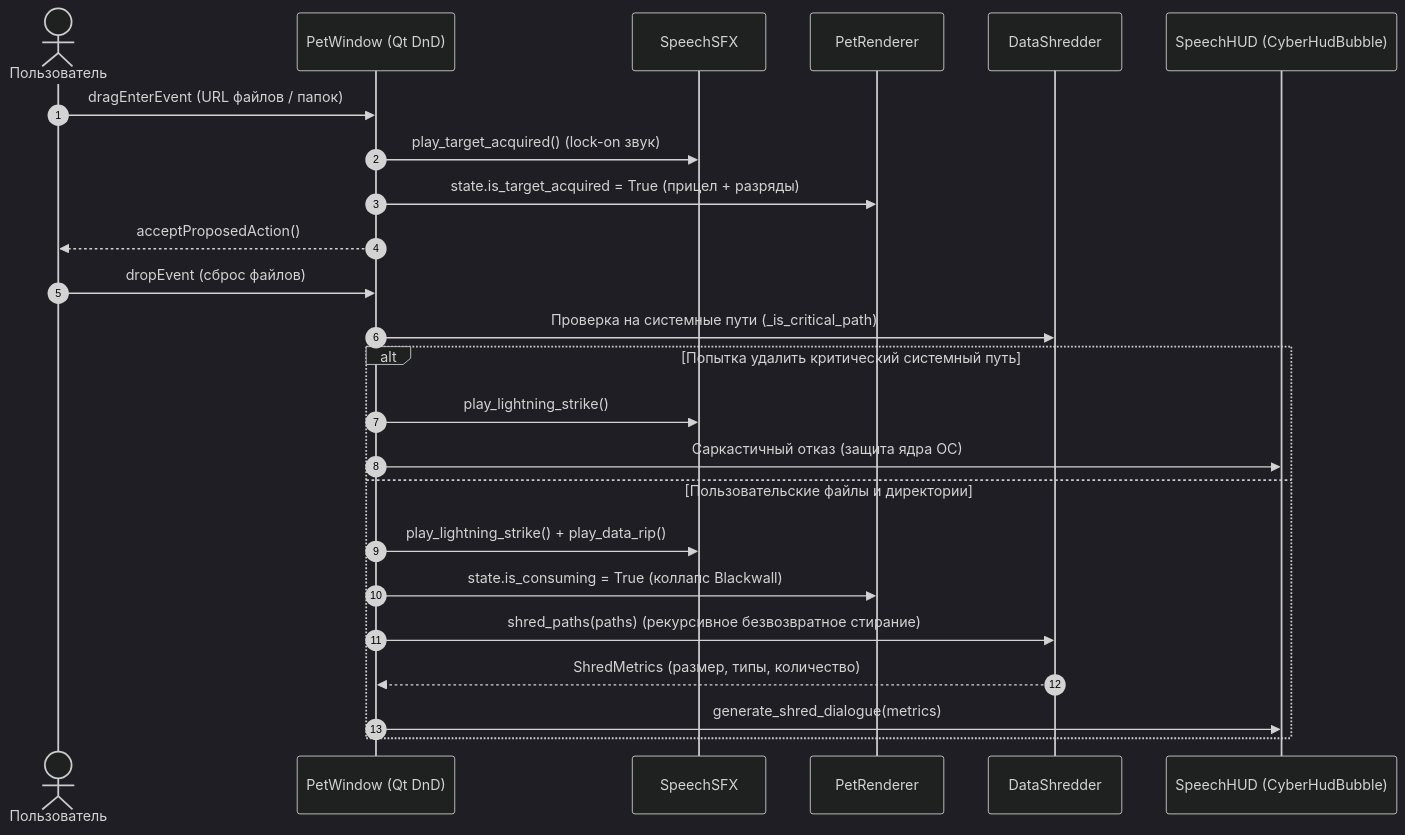
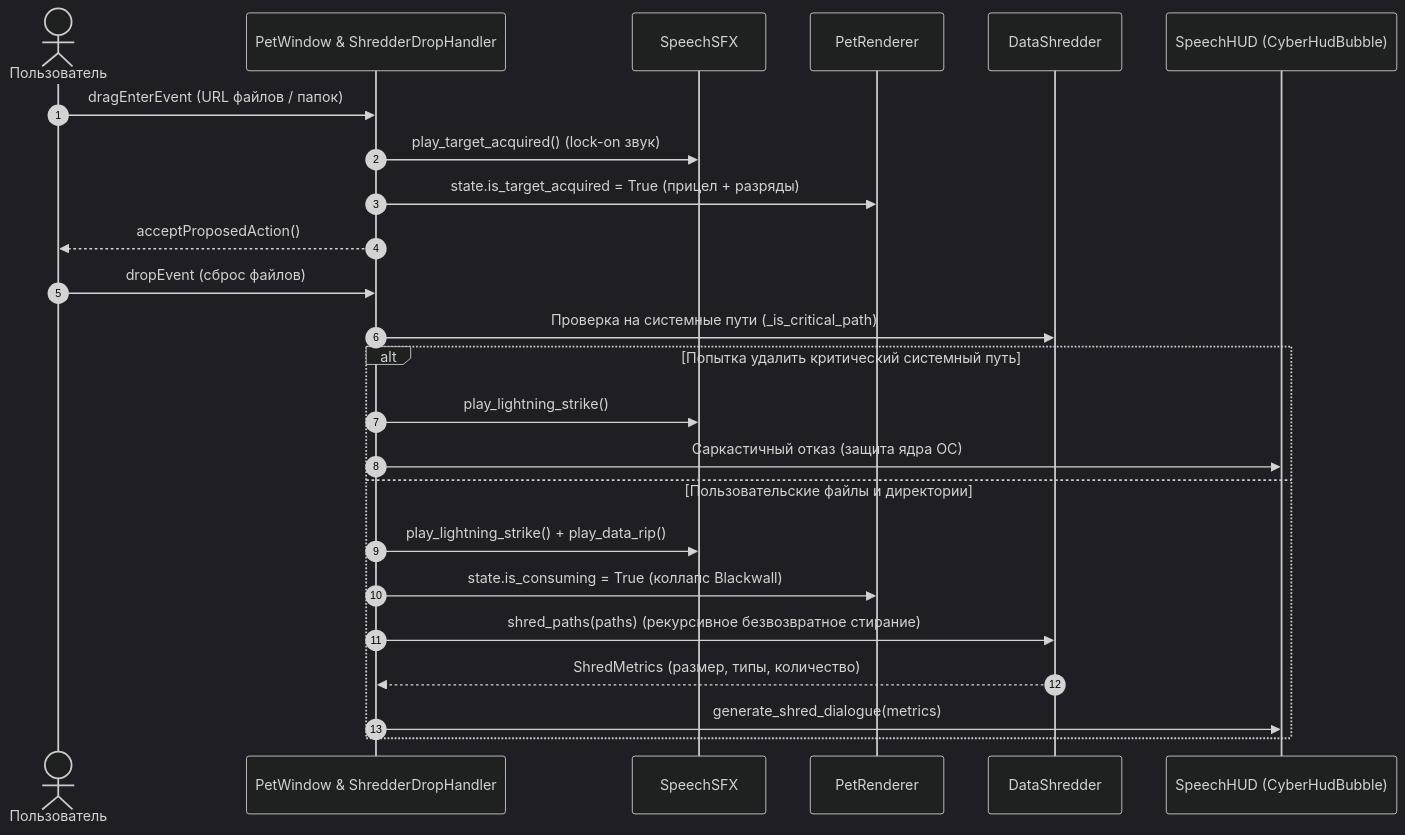
One commit to xTerionsilker/CapriPet-Python changed the third of 5 diagrams in docs/architecture.md. Above: the diagram before and after it, drawn with Mermaid (dark theme). The commit also changed other lines of this file and 18 other files, not shown here.

````diff
--- a/docs/architecture.md
+++ b/docs/architecture.md
@@ -153,28 +154,28 @@
 ```mermaid
 sequenceDiagram
     autonumber
     actor User as Пользователь
-    participant Window as PetWindow (Qt DnD)
+    participant Window as PetWindow & ShredderDropHandler
     participant SFX as SpeechSFX
     participant Renderer as PetRenderer
     participant Shredder as DataShredder
     participant Speech as SpeechHUD (CyberHudBubble)
 
     User->>Window: dragEnterEvent (URL файлов / папок)
     Window->>SFX: play_target_acquired() (lock-on звук)
     Window->>Renderer: state.is_target_acquired = True (прицел + разряды)
     Window-->>User: acceptProposedAction()
 
     User->>Window: dropEvent (сброс файлов)
     Window->>Shredder: Проверка на системные пути (_is_critical_path)
     alt Попытка удалить критический системный путь
         Window->>SFX: play_lightning_strike()
         Window->>Speech: Саркастичный отказ (защита ядра ОС)
     else Пользовательские файлы и директории
         Window->>SFX: play_lightning_strike() + play_data_rip()
         Window->>Renderer: state.is_consuming = True (коллапс Blackwall)
         Window->>Shredder: shred_paths(paths) (рекурсивное безвозвратное стирание)
         Shredder-->>Window: ShredMetrics (размер, типы, количество)
         Window->>Speech: generate_shred_dialogue(metrics)
     end
 ```
````
